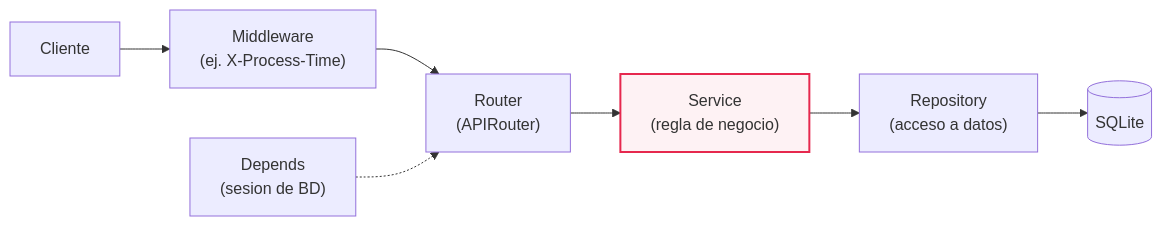
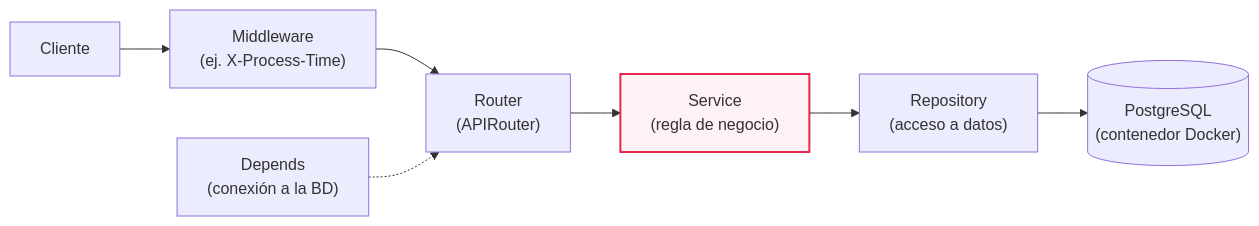
One commit to Luc5k4yw4lk3r/AIE-Bootcamp changed the first of 4 diagrams in Temas/M07·S04 - Componentes avanzados de FastAPI y separación en capas.md. Above: the diagram before and after it, drawn with Mermaid. The commit also changed other lines of this file and 5 other files, not shown here.

````diff
--- a/Temas/M07·S04 - Componentes avanzados de FastAPI y separación en capas.md
+++ b/Temas/M07·S04 - Componentes avanzados de FastAPI y separación en capas.md
@@ -80,12 +98,12 @@
 ```mermaid
 flowchart LR
     CLI["Cliente"] --> MW["Middleware<br/>(ej. X-Process-Time)"]
     MW --> ROUTER["Router<br/>(APIRouter)"]
     ROUTER --> SERVICE["Service<br/>(regla de negocio)"]
     SERVICE --> REPO["Repository<br/>(acceso a datos)"]
-    REPO --> DB[("SQLite")]
-    DEP["Depends<br/>(sesion de BD)"] -.-> ROUTER
+    REPO --> DB[("PostgreSQL<br/>(contenedor Docker)")]
+    DEP["Depends<br/>(conexión a la BD)"] -.-> ROUTER
 
     classDef foco fill:#FEF2F4,stroke:#E6284E,stroke-width:2px
     class SERVICE foco
 ```
````
